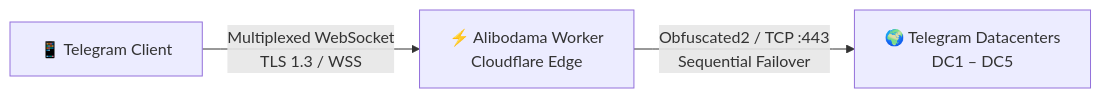
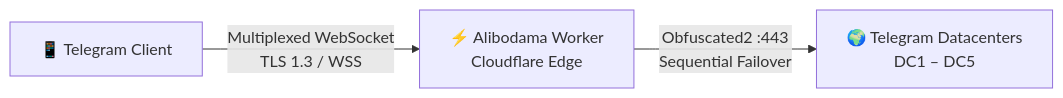
One commit to Alibodama/Alibodama-Cloudflare-Telegram changed the diagram in README.md. Above: the diagram before and after it, drawn with Mermaid. The commit also changed other lines of this file and 1 other file, not shown here.

````diff
--- a/README.md
+++ b/README.md
@@ -44,5 +62,5 @@
 ```mermaid
 flowchart LR
     A["📱 Telegram Client"] -- "Multiplexed WebSocket<br/>TLS 1.3 / WSS" --> B["⚡ Alibodama Worker<br/>Cloudflare Edge"]
-    B -- "Obfuscated2 / TCP :443<br/>Sequential Failover" --> C["🌍 Telegram Datacenters<br/>DC1 – DC5"]
+    B -- "Obfuscated2 :443<br/>Sequential Failover" --> C["🌍 Telegram Datacenters<br/>DC1 – DC5"]
 ```
````
